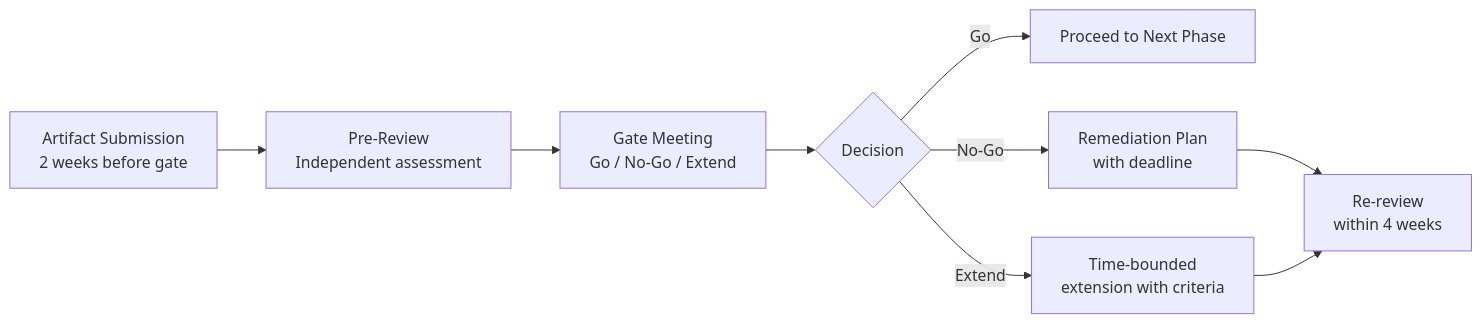
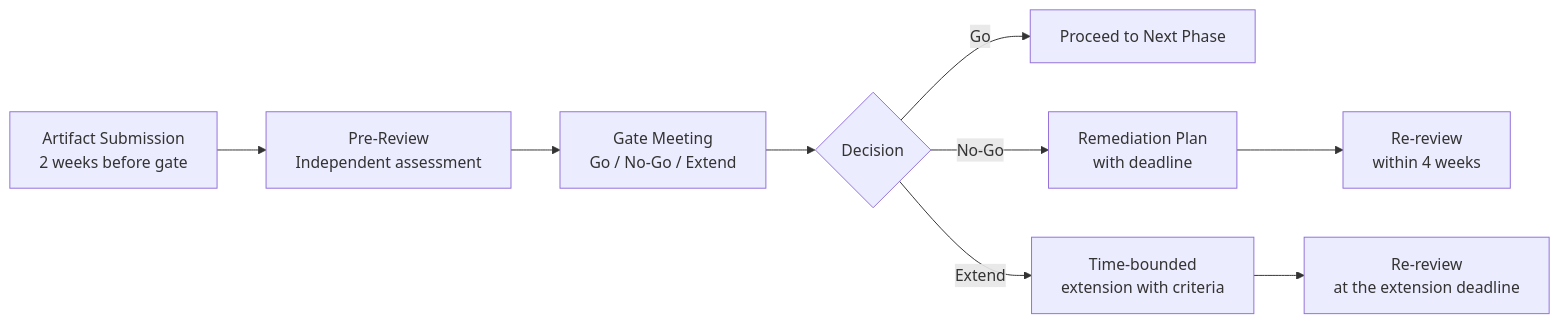
One commit to sunilp/enterprise-ai changed the diagram in content/transformation/phase-gates.md. Above: the diagram before and after it, drawn with Mermaid. The commit also changed 40 other files, not shown here.

````diff
--- a/content/transformation/phase-gates.md
+++ b/content/transformation/phase-gates.md
@@ -186,11 +186,11 @@
 ```mermaid
 flowchart LR
     A[Artifact Submission<br/>2 weeks before gate] --> B[Pre-Review<br/>Independent assessment]
     B --> C[Gate Meeting<br/>Go / No-Go / Extend]
     C --> D{Decision}
     D -->|Go| E[Proceed to Next Phase]
     D -->|No-Go| F[Remediation Plan<br/>with deadline]
     D -->|Extend| G[Time-bounded<br/>extension with criteria]
     F --> H[Re-review<br/>within 4 weeks]
-    G --> H
+    G --> I[Re-review<br/>at the extension deadline]
 ```
````
